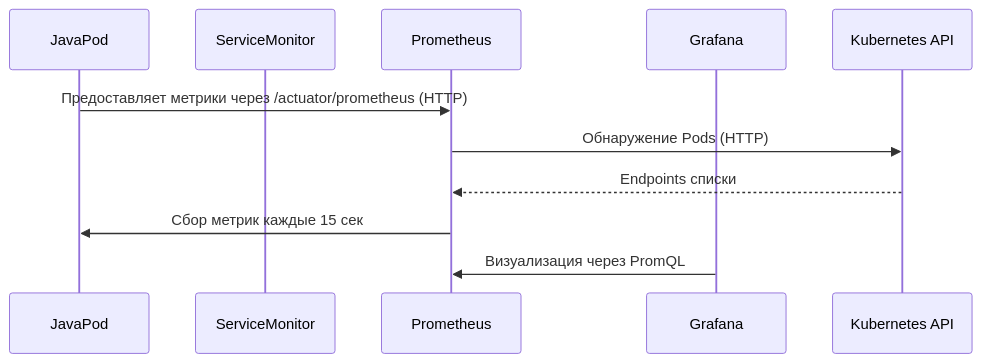
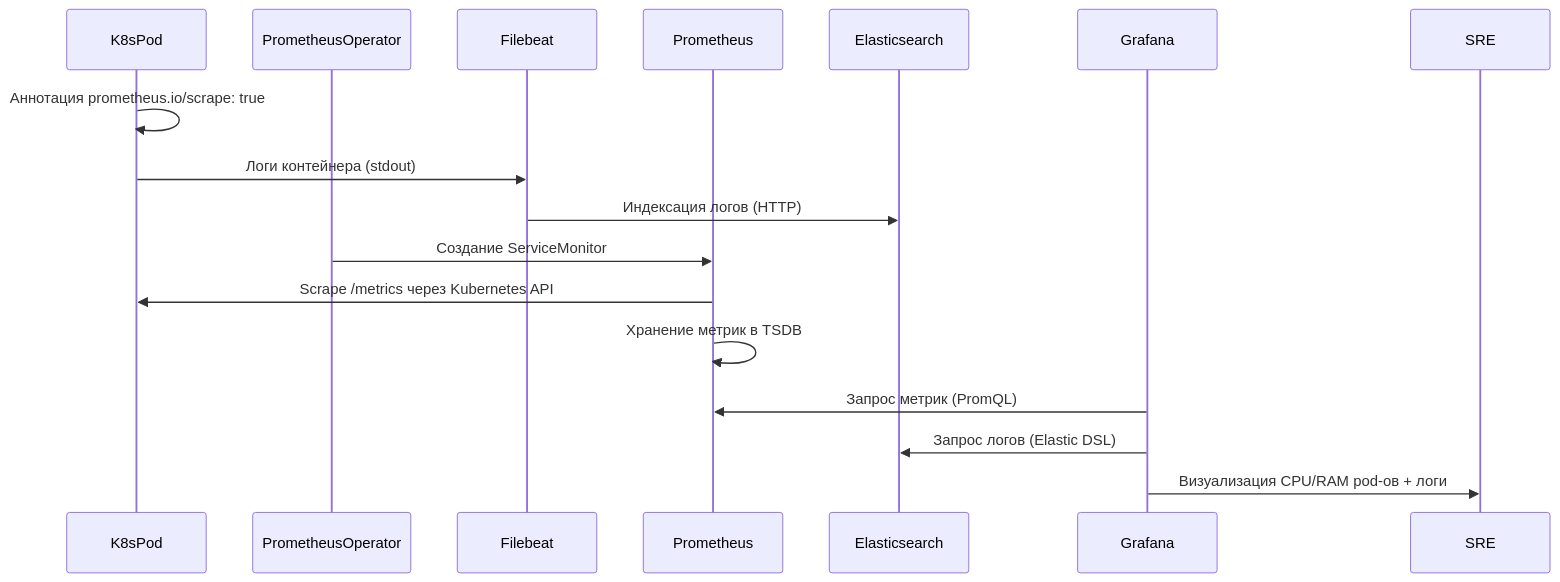
Before and after one commit to lamjob1993/linux-monitoring: the fourth of 4 diagrams in Introduction_monitoring/README.md, drawn with Mermaid. The commit also changed other lines of this file, not shown here.

````diff
--- a/Introduction_monitoring/README.md
+++ b/Introduction_monitoring/README.md
@@ -133,13 +151,19 @@
-```mermaid  
-sequenceDiagram  
-    participant JavaPod  
-    participant ServiceMonitor  
-    participant Prometheus  
-    participant Grafana  
+```mermaid
+sequenceDiagram
+    participant K8sPod
+    participant PrometheusOperator
+    participant Filebeat
+    participant Prometheus
+    participant Elasticsearch
+    participant Grafana
 
-    JavaPod->>Prometheus: Предоставляет метрики через /actuator/prometheus (HTTP)  
-    Prometheus->>Kubernetes API: Обнаружение Pods (HTTP)  
-    Kubernetes API-->>Prometheus: Endpoints списки  
-    Prometheus->>JavaPod: Сбор метрик каждые 15 сек  
-    Grafana->>Prometheus: Визуализация через PromQL  
-```  
+    K8sPod->>K8sPod: Аннотация prometheus.io/scrape: true
+    K8sPod->>Filebeat: Логи контейнера (stdout)
+    Filebeat->>Elasticsearch: Индексация логов (HTTP)
+    PrometheusOperator->>Prometheus: Создание ServiceMonitor
+    Prometheus->>K8sPod: Scrape /metrics через Kubernetes API
+    Prometheus->>Prometheus: Хранение метрик в TSDB
+    Grafana->>Prometheus: Запрос метрик (PromQL)
+    Grafana->>Elasticsearch: Запрос логов (Elastic DSL)
+    Grafana->>SRE: Визуализация CPU/RAM pod-ов + логи
+```
````
